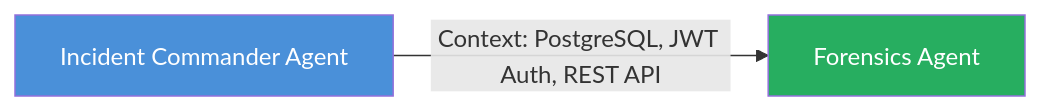
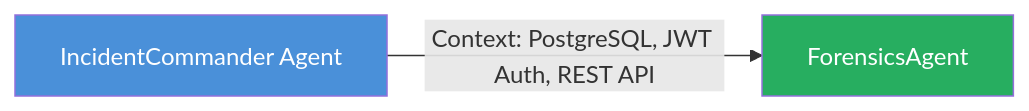
Before and after one commit to Sujalkathait/-AI-Agent-Security-Playbook.: the ninth of 53 diagrams in AI Agent Communication.md, drawn with Mermaid. The commit also changed other lines of this file, not shown here.

Commit message:
fix: resolve mermaid syntax errors by removing spaces from node IDs

````diff
--- a/AI Agent Communication.md
+++ b/AI Agent Communication.md
@@ -280,7 +280,7 @@
 ```mermaid
 graph LR
-  A[" Incident Commander Agent"] -->|"Context: PostgreSQL, JWT Auth, REST API"| B[" Forensics Agent"]
+  A[" IncidentCommander Agent"] -->|"Context: PostgreSQL, JWT Auth, REST API"| B[" ForensicsAgent"]
 
   style A fill:#4a90d9,color:white
   style B fill:#27ae60,color:white
 ```
````
